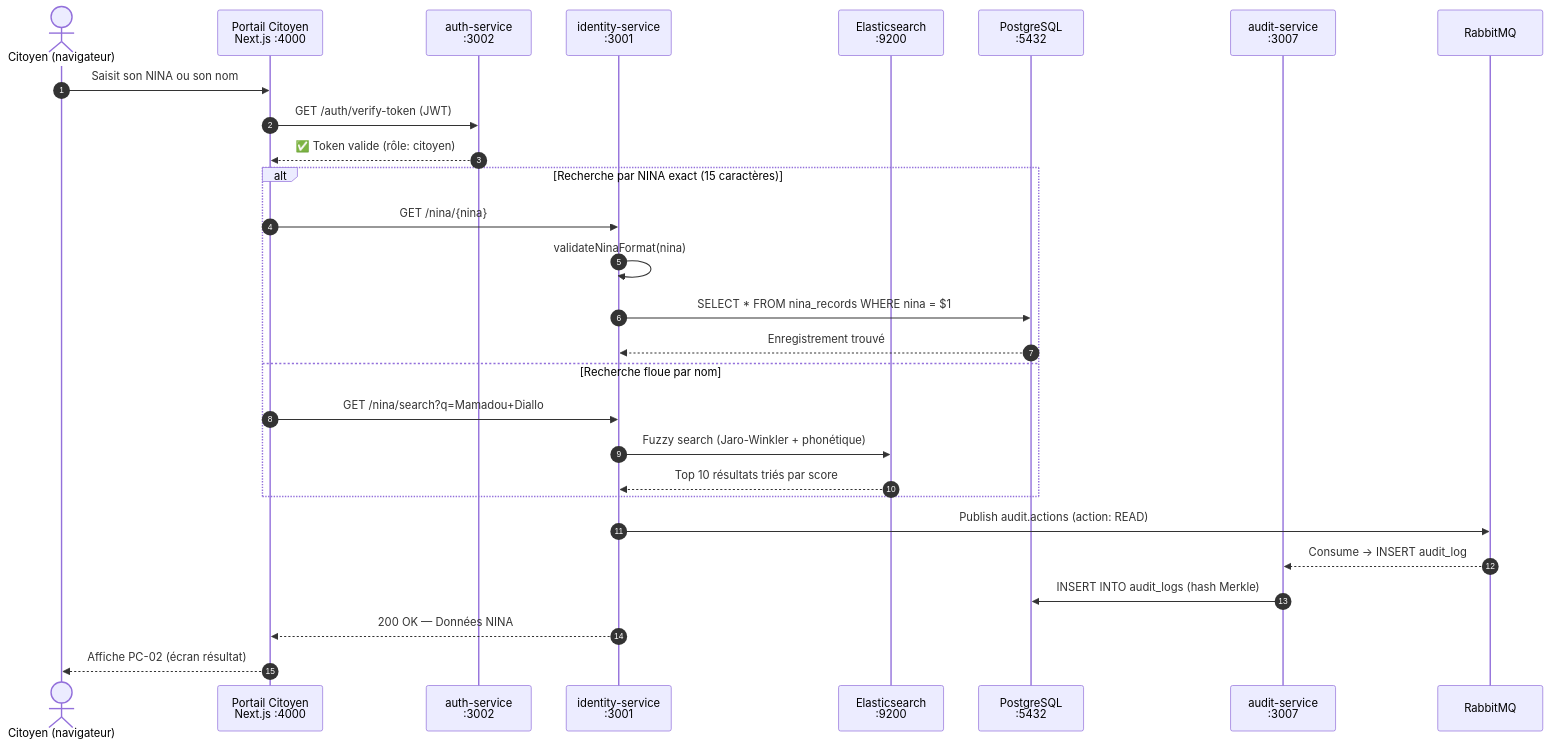
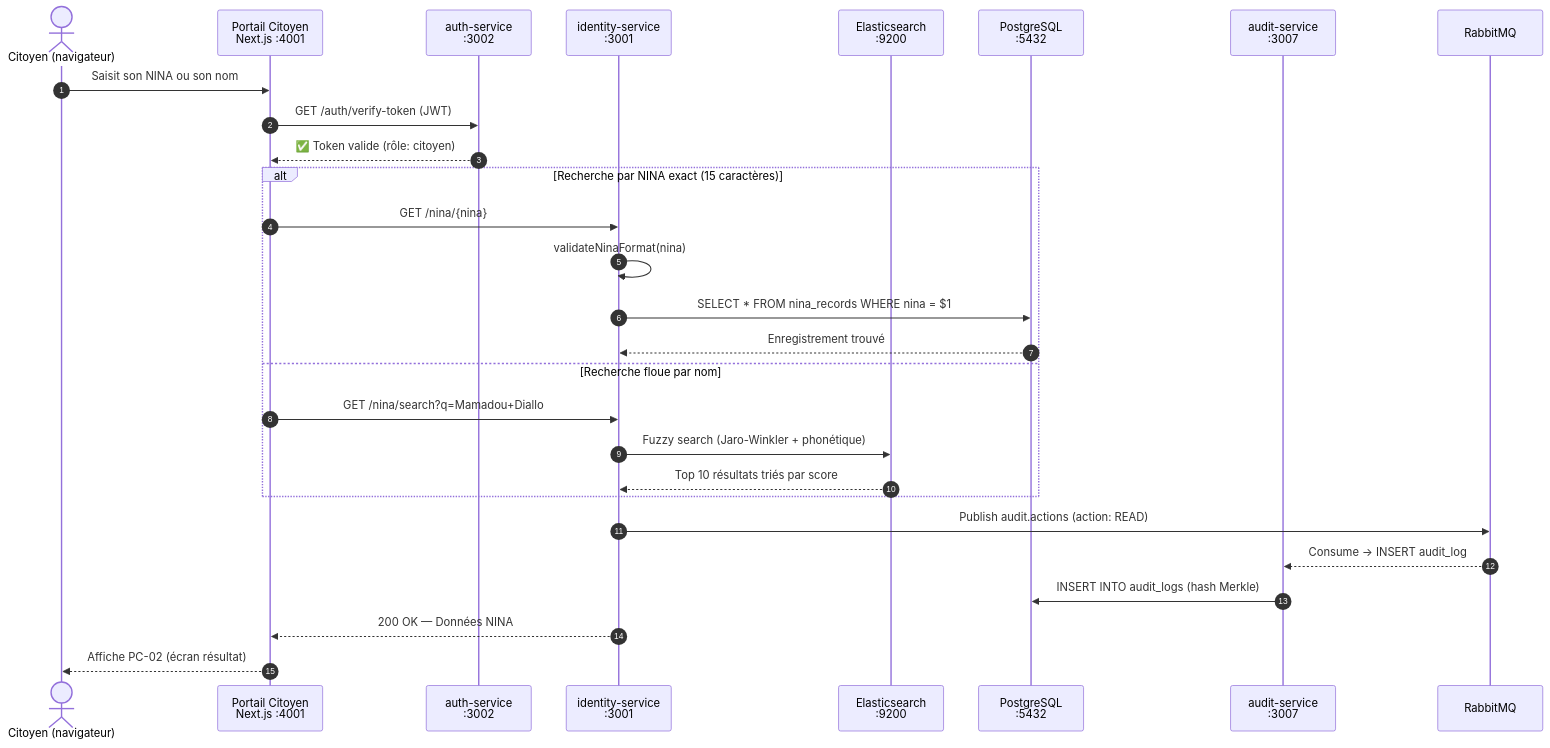
Before and after one commit to TheManInPink/Session-Ete-2026: the fourth of 13 diagrams in docs/02-ARCHITECTURE-GLOBALE.md, drawn with Mermaid. The commit also changed other lines of this file and 5 other files, not shown here.

````diff
--- a/docs/02-ARCHITECTURE-GLOBALE.md
+++ b/docs/02-ARCHITECTURE-GLOBALE.md
@@ -252,34 +252,34 @@
 ```mermaid
 sequenceDiagram
     autonumber
     actor C as Citoyen (navigateur)
-    participant FE as Portail Citoyen<br/>Next.js :4000
+    participant FE as Portail Citoyen<br/>Next.js :4001
     participant AUTH as auth-service<br/>:3002
     participant ID as identity-service<br/>:3001
     participant ES as Elasticsearch<br/>:9200
     participant PG as PostgreSQL<br/>:5432
     participant AUD as audit-service<br/>:3007
     participant RMQ as RabbitMQ
 
     C->>FE: Saisit son NINA ou son nom
     FE->>AUTH: GET /auth/verify-token (JWT)
     AUTH-->>FE: ✅ Token valide (rôle: citoyen)
 
     alt Recherche par NINA exact (15 caractères)
         FE->>ID: GET /nina/{nina}
         ID->>ID: validateNinaFormat(nina)
         ID->>PG: SELECT * FROM nina_records WHERE nina = $1
         PG-->>ID: Enregistrement trouvé
     else Recherche floue par nom
         FE->>ID: GET /nina/search?q=Mamadou+Diallo
         ID->>ES: Fuzzy search (Jaro-Winkler + phonétique)
         ES-->>ID: Top 10 résultats triés par score
     end
 
     ID->>RMQ: Publish audit.actions (action: READ)
     RMQ-->>AUD: Consume → INSERT audit_log
     AUD->>PG: INSERT INTO audit_logs (hash Merkle)
 
     ID-->>FE: 200 OK — Données NINA
     FE-->>C: Affiche PC-02 (écran résultat)
 ```
````
